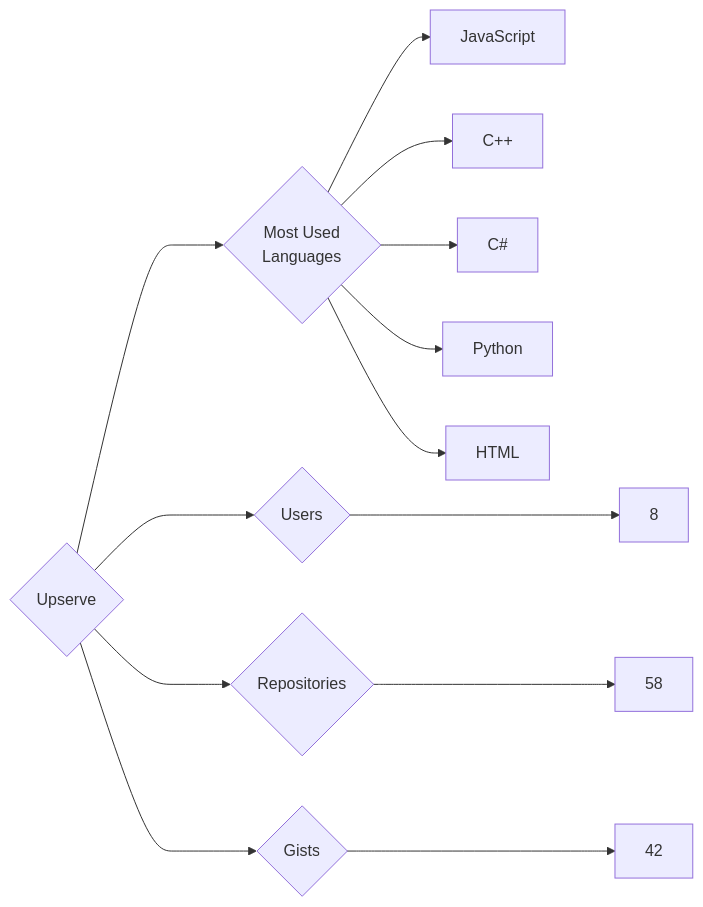
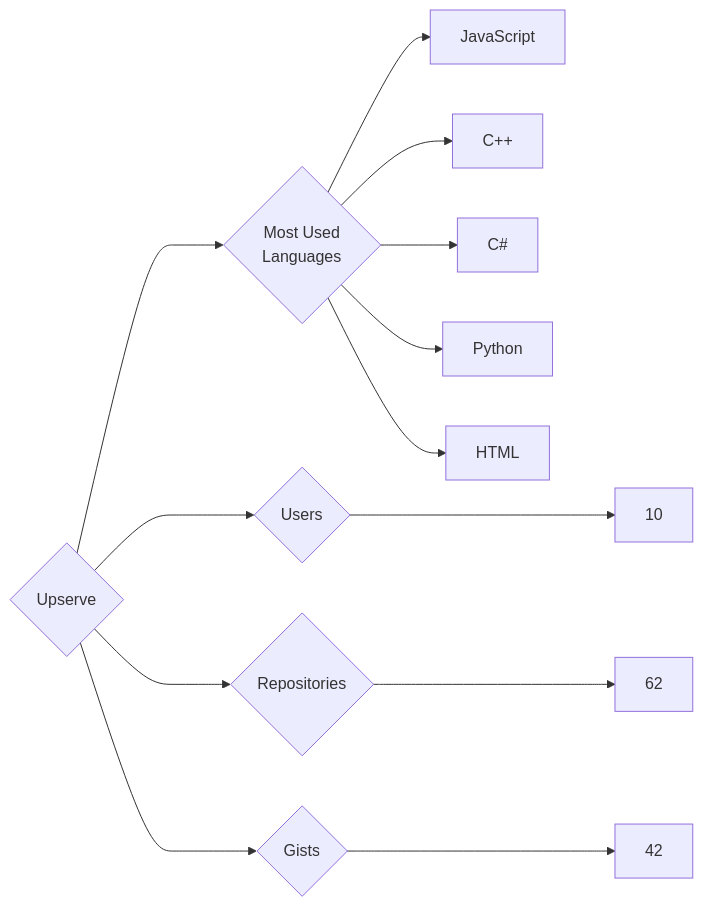
The diagram in targets/Upserve/README.md (trickest/insiders), drawn with Mermaid before and after one commit. The commit also changed 839 other files, not shown here.

````diff
--- a/targets/Upserve/README.md
+++ b/targets/Upserve/README.md
@@ -3,13 +3,13 @@
 ```mermaid
 graph LR
 COMPANY_NAME{Upserve}
-COMPANY_NAME ---> U{Users} ---> UN[8]
-COMPANY_NAME ---> R{Repositories} ---> RN[58]
+COMPANY_NAME ---> U{Users} ---> UN[10]
+COMPANY_NAME ---> R{Repositories} ---> RN[62]
 COMPANY_NAME ---> G{Gists} ---> GN[42]
 COMPANY_NAME ---> ML{Most Used<br>Languages}
 ML --> JavaScript[JavaScript]
 ML --> C++[C++]
 ML --> C#[C#]
 ML --> Python[Python]
 ML --> HTML[HTML]
 ```
````
